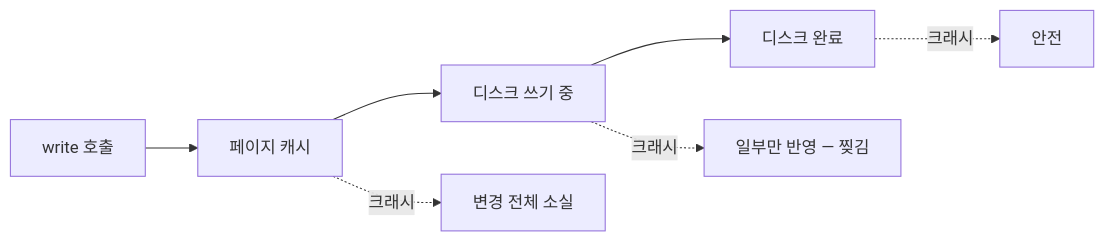
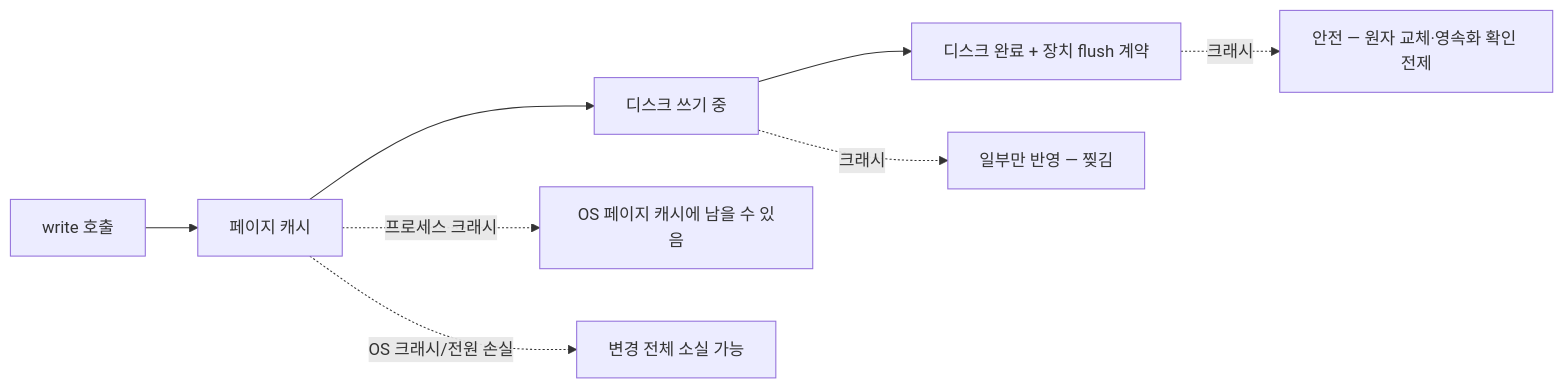
The first of 7 diagrams in db/part01_storage_transactions.md (Rein-ArXiv/game-dev-curriculum), drawn with Mermaid before and after one commit. The commit also changed other lines of this file and 279 other files, not shown here.

````diff
--- a/db/part01_storage_transactions.md
+++ b/db/part01_storage_transactions.md
@@ -83,9 +83,10 @@
 ```mermaid
 flowchart LR
     A[write 호출] --> B[페이지 캐시]
     B --> C[디스크 쓰기 중]
-    C --> D[디스크 완료]
-    B -. 크래시 .-> X1[변경 전체 소실]
+    C --> D[디스크 완료 + 장치 flush 계약]
+    B -. 프로세스 크래시 .-> X1[OS 페이지 캐시에 남을 수 있음]
+    B -. OS 크래시/전원 손실 .-> X0[변경 전체 소실 가능]
     C -. 크래시 .-> X2[일부만 반영 — 찢김]
-    D -. 크래시 .-> X3[안전]
+    D -. 크래시 .-> X3[안전 — 원자 교체·영속화 확인 전제]
 ```
````
